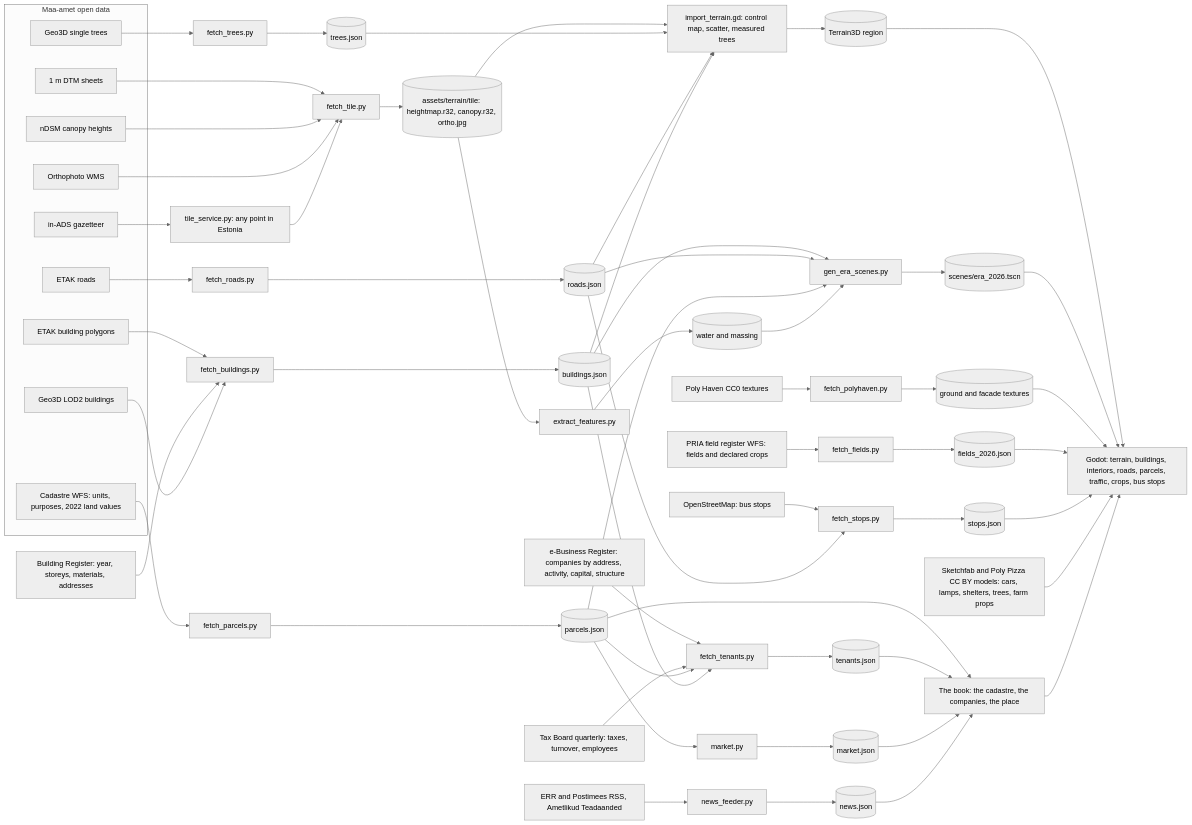
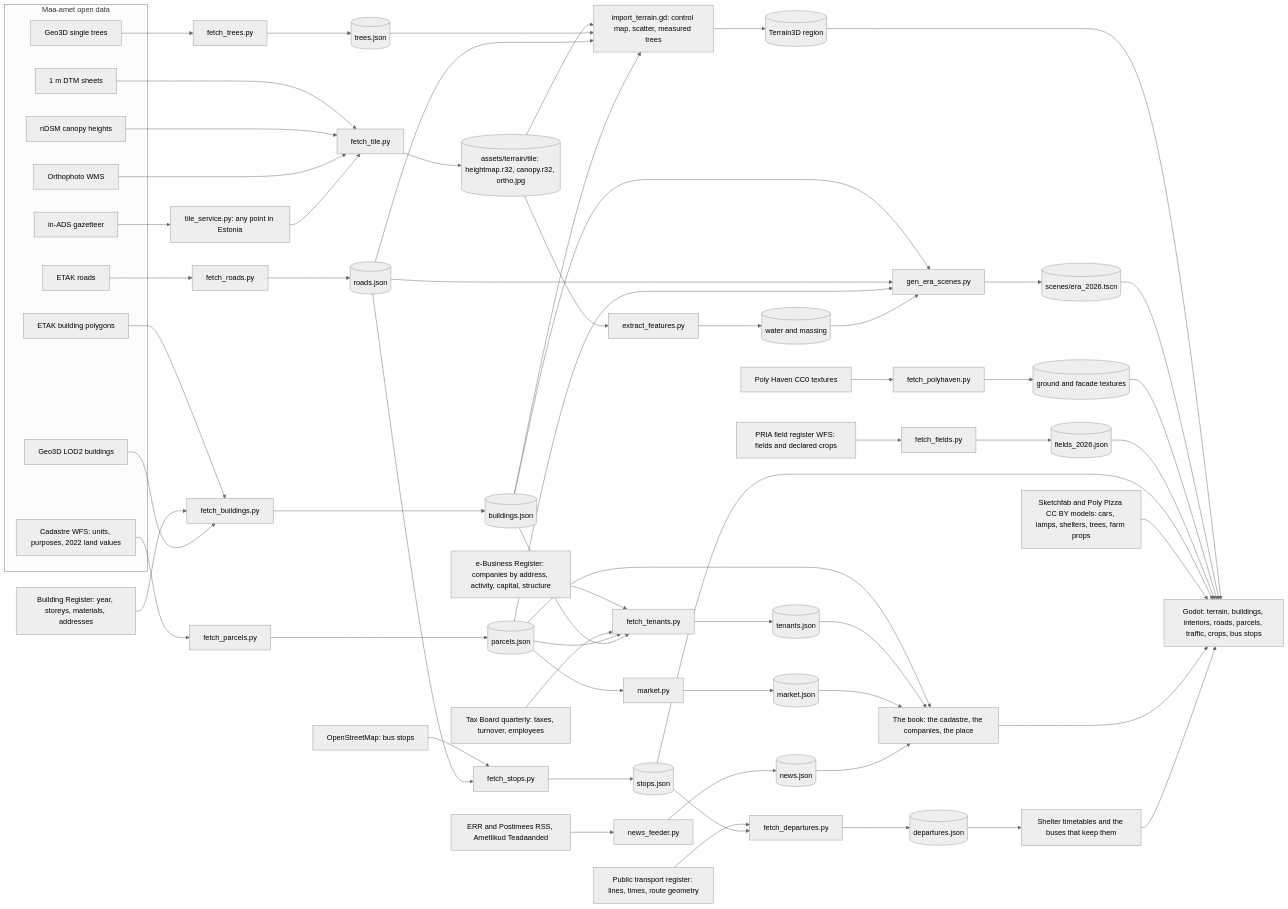
The diagram in README.md (livenson/vakuraamat), drawn with Mermaid (neutral theme) before and after one commit. The commit also changed other lines of this file and 8 other files, not shown here.

````diff
--- a/README.md
+++ b/README.md
@@ -63,42 +66,45 @@
 ```mermaid
 flowchart LR
   subgraph maaamet [Maa-amet open data]
     DTM[1 m DTM sheets]
     NDSM[nDSM canopy heights]
     ORTHO[Orthophoto WMS]
     TREES[Geo3D single trees]
     LOD2[Geo3D LOD2 buildings]
     KAT[Cadastre WFS: units, purposes, 2022 land values]
     ETAKB[ETAK building polygons]
     ETAKR[ETAK roads]
     ADS[in-ADS gazetteer]
   end
   EHR[Building Register: year, storeys, materials, addresses]
   ARI[e-Business Register: companies by address, activity, capital, structure]
   EMTA[Tax Board quarterly: taxes, turnover, employees]
   PRIA[PRIA field register WFS: fields and declared crops]
   OSM[OpenStreetMap: bus stops]
+  GTFS[Public transport register: lines, times, route geometry]
   RSS[ERR and Postimees RSS, Ametlikud Teadaanded]
   PH[Poly Haven CC0 textures]
   SKF[Sketchfab and Poly Pizza CC BY models: cars, lamps, shelters, trees, farm props]
 
   DTM & NDSM & ORTHO --> FT[fetch_tile.py] --> TILE[(assets/terrain/tile: heightmap.r32, canopy.r32, ortho.jpg)]
   TREES --> FTR[fetch_trees.py] --> TJ[(trees.json)]
   ETAKB & EHR & LOD2 --> FB[fetch_buildings.py] --> BJ[(buildings.json)]
   ETAKR --> FR[fetch_roads.py] --> RJ[(roads.json)]
   KAT --> FP[fetch_parcels.py] --> PJ[(parcels.json)] --> MK[market.py] --> MJ[(market.json)]
   ARI & EMTA --> FTE[fetch_tenants.py] --> TEJ[(tenants.json)]
   PRIA --> FF[fetch_fields.py] --> FJ[(fields_2026.json)]
   OSM & RJ --> FS[fetch_stops.py] --> SJ[(stops.json)]
+  GTFS & SJ --> FD[fetch_departures.py] --> DJ[(departures.json)]
   PJ & BJ --> FTE
   TILE --> EF[extract_features.py] --> WJ[(water and massing)]
   PH --> PHF[fetch_polyhaven.py] --> TEX[(ground and facade textures)]
   ADS --> TS[tile_service.py: any point in Estonia] --> FT
 
   TILE & TJ & RJ & BJ --> IMP[import_terrain.gd: control map, scatter, measured trees] --> REG[(Terrain3D region)]
   BJ & RJ & PJ & WJ --> GEN[gen_era_scenes.py] --> SCN[(scenes/era_2026.tscn)]
   RSS --> NF[news_feeder.py] --> NJ[(news.json)]
 
   REG & SCN & TEX & FJ & SJ & SKF --> GAME[Godot: terrain, buildings, interiors, roads, parcels, traffic, crops, bus stops]
   PJ & TEJ & MJ & NJ --> BOOK[The book: the cadastre, the companies, the place] --> GAME
+  DJ --> BUS[Shelter timetables and the buses that keep them] --> GAME
 ```
````
